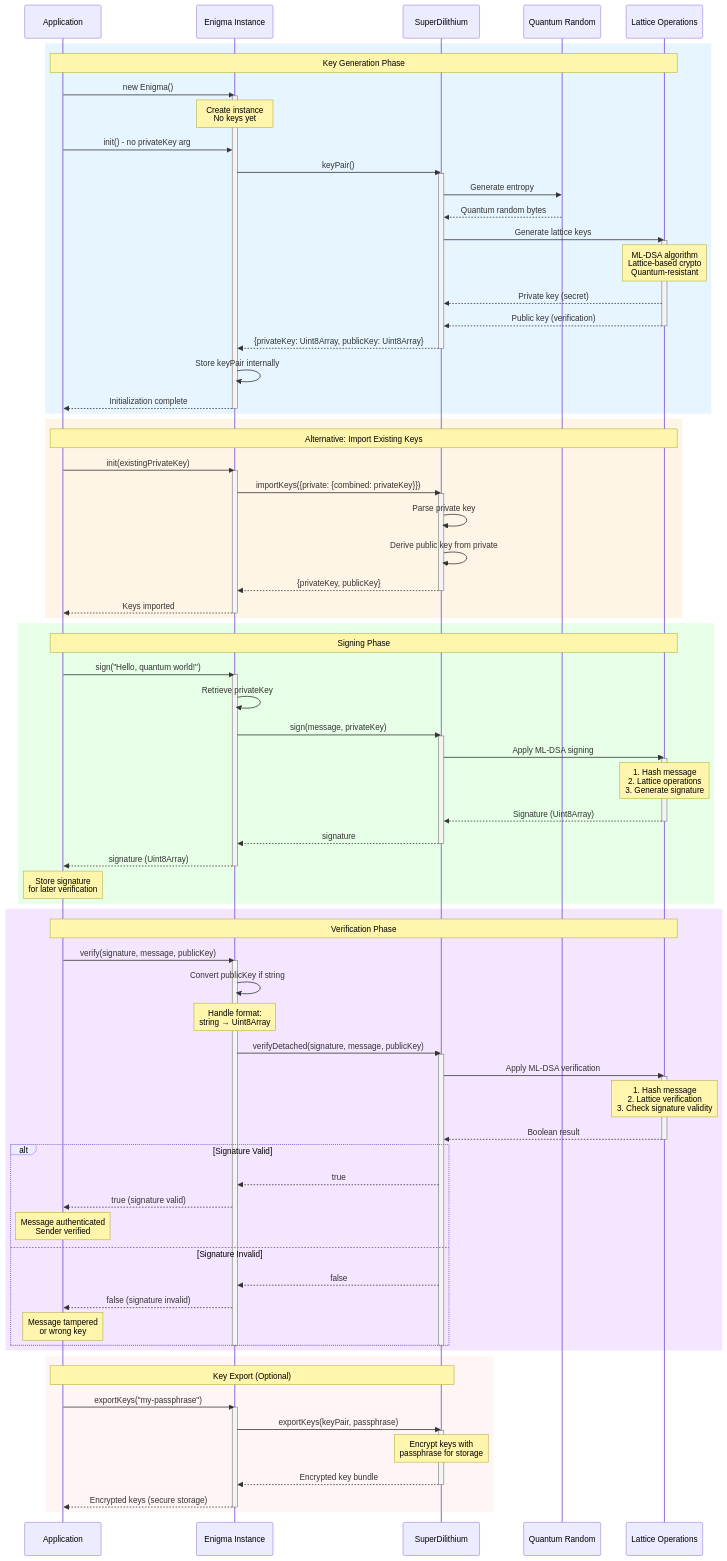
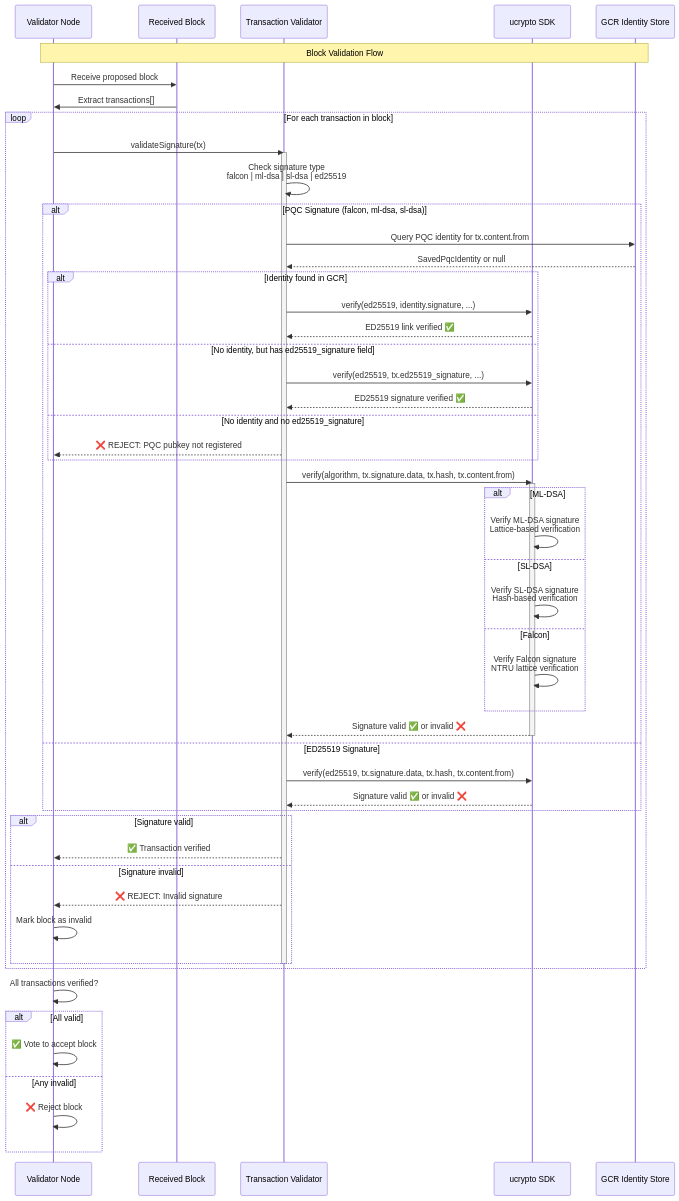
One commit to kynesyslabs/demos_network_technical_documentation changed the sixth of 10 diagrams in cryptography/CRYPTOGRAPHY_SYSTEMS.md. Above: the diagram before and after it, drawn with Mermaid. The commit also changed other lines of this file, not shown here.

````diff
--- a/cryptography/CRYPTOGRAPHY_SYSTEMS.md
+++ b/cryptography/CRYPTOGRAPHY_SYSTEMS.md
@@ -773,119 +368,70 @@
 ```mermaid
 sequenceDiagram
-    participant App as Application
-    participant Enigma as Enigma Instance
-    participant SuperDil as SuperDilithium
-    participant Random as Quantum Random
-    participant Lattice as Lattice Operations
+    participant Validator as Validator Node
+    participant Block as Received Block
+    participant TxValidator as Transaction Validator
+    participant UCrypto as ucrypto SDK
+    participant GCR as GCR Identity Store
 
-    rect rgb(230, 245, 255)
-        Note over App,Lattice: Key Generation Phase
-        App->>Enigma: new Enigma()
-        activate Enigma
-        Note over Enigma: Create instance<br/>No keys yet
+    Note over Validator,GCR: Block Validation Flow
 
-        App->>Enigma: init() - no privateKey arg
-        Enigma->>SuperDil: keyPair()
-        activate SuperDil
+    Validator->>Block: Receive proposed block
+    Block->>Validator: Extract transactions[]
 
-        SuperDil->>Random: Generate entropy
-        Random-->>SuperDil: Quantum random bytes
+    loop For each transaction in block
+        Validator->>TxValidator: validateSignature(tx)
+        activate TxValidator
 
-        SuperDil->>Lattice: Generate lattice keys
-        activate Lattice
-        Note over Lattice: ML-DSA algorithm<br/>Lattice-based crypto<br/>Quantum-resistant
-        Lattice-->>SuperDil: Private key (secret)
-        Lattice-->>SuperDil: Public key (verification)
-        deactivate Lattice
+        TxValidator->>TxValidator: Check signature type<br/> falcon | ml-dsa | sl-dsa | ed25519
 
-        SuperDil-->>Enigma: {privateKey: Uint8Array, publicKey: Uint8Array}
-        deactivate SuperDil
+        alt PQC Signature (falcon, ml-dsa, sl-dsa)
+            TxValidator->>GCR: Query PQC identity for tx.content.from
+            GCR-->>TxValidator: SavedPqcIdentity or null
 
-        Enigma->>Enigma: Store keyPair internally
-        Enigma-->>App: Initialization complete
-        deactivate Enigma
+            alt Identity found in GCR
+                TxValidator->>UCrypto: verify(ed25519, identity.signature, ...)
+                UCrypto-->>TxValidator: ED25519 link verified ✅
+            else No identity, but has ed25519_signature field
+                TxValidator->>UCrypto: verify(ed25519, tx.ed25519_signature, ...)
+                UCrypto-->>TxValidator: ED25519 signature verified ✅
+            else No identity and no ed25519_signature
+                TxValidator-->>Validator: ❌ REJECT: PQC pubkey not registered
+            end
+
+            TxValidator->>UCrypto: verify(algorithm, tx.signature.data, tx.hash, tx.content.from)
+            activate UCrypto
+
+            alt ML-DSA
+                UCrypto->>UCrypto: Verify ML-DSA signature<br/>Lattice-based verification
+            else SL-DSA
+                UCrypto->>UCrypto: Verify SL-DSA signature<br/>Hash-based verification
+            else Falcon
+                UCrypto->>UCrypto: Verify Falcon signature<br/>NTRU lattice verification
+            end
+
+            UCrypto-->>TxValidator: Signature valid ✅ or invalid ❌
+            deactivate UCrypto
+
+        else ED25519 Signature
+            TxValidator->>UCrypto: verify(ed25519, tx.signature.data, tx.hash, tx.content.from)
+            UCrypto-->>TxValidator: Signature valid ✅ or invalid ❌
+        end
+
+        alt Signature valid
+            TxValidator-->>Validator: ✅ Transaction verified
+        else Signature invalid
+            TxValidator-->>Validator: ❌ REJECT: Invalid signature
+            Validator->>Validator: Mark block as invalid
+        end
+
+        deactivate TxValidator
     end
 
-    rect rgb(255, 245, 230)
-        Note over App,Lattice: Alternative: Import Existing Keys
-        App->>Enigma: init(existingPrivateKey)
-        activate Enigma
-        Enigma->>SuperDil: importKeys({private: {combined: privateKey}})
-        activate SuperDil
-        SuperDil->>SuperDil: Parse private key
-        SuperDil->>SuperDil: Derive public key from private
-        SuperDil-->>Enigma: {privateKey, publicKey}
-        deactivate SuperDil
-        Enigma-->>App: Keys imported
-        deactivate Enigma
+    Validator->>Validator: All transactions verified?
+
+    alt All valid
+        Validator->>Validator: ✅ Vote to accept block
+    else Any invalid
+        Validator->>Validator: ❌ Reject block
     end
-
-    rect rgb(230, 255, 230)
-        Note over App,Lattice: Signing Phase
-        App->>Enigma: sign("Hello, quantum world!")
-        activate Enigma
-
-        Enigma->>Enigma: Retrieve privateKey
-        Enigma->>SuperDil: sign(message, privateKey)
-        activate SuperDil
-
-        SuperDil->>Lattice: Apply ML-DSA signing
-        activate Lattice
-        Note over Lattice: 1. Hash message<br/>2. Lattice operations<br/>3. Generate signature
-        Lattice-->>SuperDil: Signature (Uint8Array)
-        deactivate Lattice
-
-        SuperDil-->>Enigma: signature
-        deactivate SuperDil
-
-        Enigma-->>App: signature (Uint8Array)
-        deactivate Enigma
-
-        Note over App: Store signature<br/>for later verification
-    end
-
-    rect rgb(245, 230, 255)
-        Note over App,Lattice: Verification Phase
-        App->>Enigma: verify(signature, message, publicKey)
-        activate Enigma
-
-        Enigma->>Enigma: Convert publicKey if string
-        Note over Enigma: Handle format:<br/>string → Uint8Array
-
-        Enigma->>SuperDil: verifyDetached(signature, message, publicKey)
-        activate SuperDil
-
-        SuperDil->>Lattice: Apply ML-DSA verification
-        activate Lattice
-        Note over Lattice: 1. Hash message<br/>2. Lattice verification<br/>3. Check signature validity
-        Lattice-->>SuperDil: Boolean result
-        deactivate Lattice
-
-        alt Signature Valid
-            SuperDil-->>Enigma: true
-            Enigma-->>App: true (signature valid)
-            Note over App: Message authenticated<br/>Sender verified
-        else Signature Invalid
-            SuperDil-->>Enigma: false
-            Enigma-->>App: false (signature invalid)
-            Note over App: Message tampered<br/>or wrong key
-        end
-
-        deactivate SuperDil
-        deactivate Enigma
-    end
-
-    rect rgb(255, 245, 245)
-        Note over App,SuperDil: Key Export (Optional)
-        App->>Enigma: exportKeys("my-passphrase")
-        activate Enigma
-        Enigma->>SuperDil: exportKeys(keyPair, passphrase)
-        activate SuperDil
-        Note over SuperDil: Encrypt keys with<br/>passphrase for storage
-        SuperDil-->>Enigma: Encrypted key bundle
-        deactivate SuperDil
-        Enigma-->>App: Encrypted keys (secure storage)
-        deactivate Enigma
-    end
-
 ```
````
